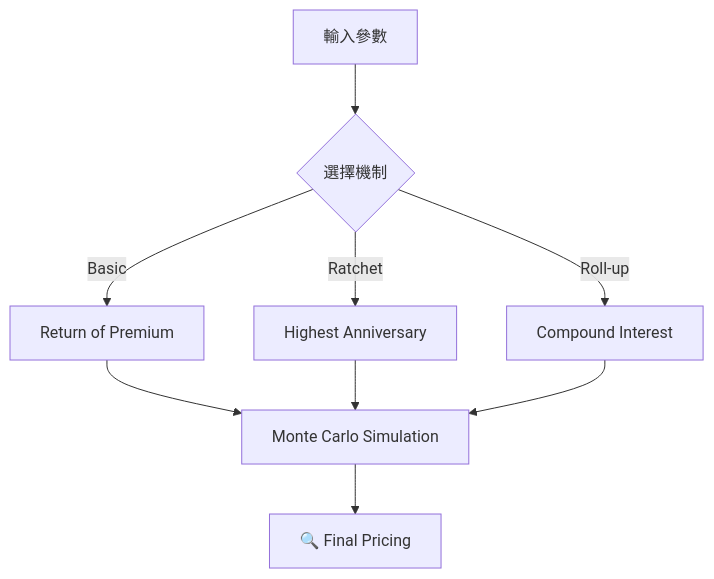
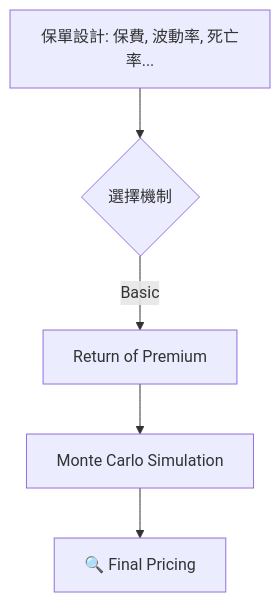
Before and after one commit to Kai-Yun-Chang/--Simulation-Python: the diagram in README.md, drawn with Mermaid.

````diff
--- a/README.md
+++ b/README.md
@@ -26,11 +26,7 @@
 ```mermaid
 graph TD
-A[輸入參數] --> B{選擇機制}
+A[保單設計: 保費, 波動率, 死亡率...] --> B{選擇機制}
 B -->|Basic| C[Return of Premium]
-B -->|Ratchet| D[Highest Anniversary]
-B -->|Roll-up| E[Compound Interest]
-C --> F[Monte Carlo Simulation]
-D --> F
-E --> F
-F --> G[🔍 Final Pricing]  
+C --> D[Monte Carlo Simulation]
+D --> F[🔍 Final Pricing]  
 ```
````
